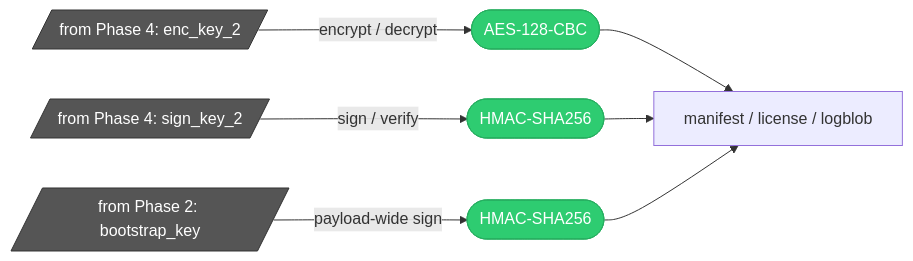
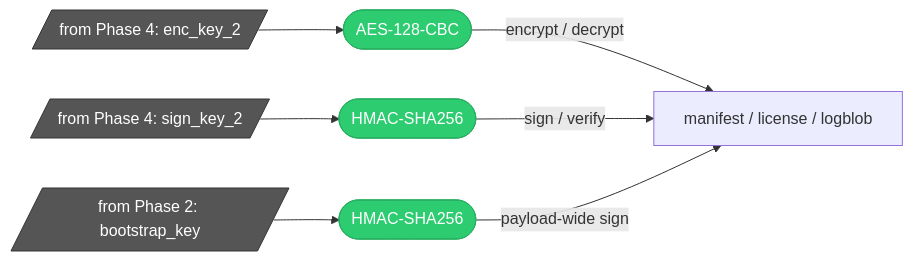
The sixth of 9 diagrams in docs/spec/msl_key_relationship.md (qtmleap/revkit), drawn with Mermaid before and after one commit. The commit also changed other lines of this file, not shown here.

First line of the commit message:
docs(spec): to Phase N をノードに統一、全Phase間参照を明示

````diff
--- a/docs/spec/msl_key_relationship.md
+++ b/docs/spec/msl_key_relationship.md
@@ -138,16 +155,16 @@
 ```mermaid
 graph LR
-    FROM_P4a[/"from Phase 4: enc_key_2"/] -->|encrypt / decrypt| OP_AES(["AES-128-CBC"])
-    FROM_P4b[/"from Phase 4: sign_key_2"/] -->|sign / verify| OP_HMAC5(["HMAC-SHA256"])
-    FROM_P2[/"from Phase 2: bootstrap_key"/] -->|payload-wide sign| OP_HMAC5b(["HMAC-SHA256"])
-    OP_AES --> PAYLOAD["manifest / license / logblob"]
-    OP_HMAC5 --> PAYLOAD
-    OP_HMAC5b --> PAYLOAD
+    FROM_P4a[/"from Phase 4: enc_key_2"/] --> OP_AES(["AES-128-CBC"])
+    FROM_P4b[/"from Phase 4: sign_key_2"/] --> OP_HMAC5(["HMAC-SHA256"])
+    FROM_P2[/"from Phase 2: bootstrap_key"/] --> OP_HMAC5b(["HMAC-SHA256"])
+    OP_AES -->|encrypt / decrypt| PAYLOAD["manifest / license / logblob"]
+    OP_HMAC5 -->|sign / verify| PAYLOAD
+    OP_HMAC5b -->|payload-wide sign| PAYLOAD
 
     style FROM_P4a fill:#555,stroke:#333,color:#fff
     style FROM_P4b fill:#555,stroke:#333,color:#fff
     style FROM_P2 fill:#555,stroke:#333,color:#fff
     style OP_AES fill:#2ecc71,stroke:#27ae60,color:#fff
     style OP_HMAC5 fill:#2ecc71,stroke:#27ae60,color:#fff
     style OP_HMAC5b fill:#2ecc71,stroke:#27ae60,color:#fff
 ```
````
